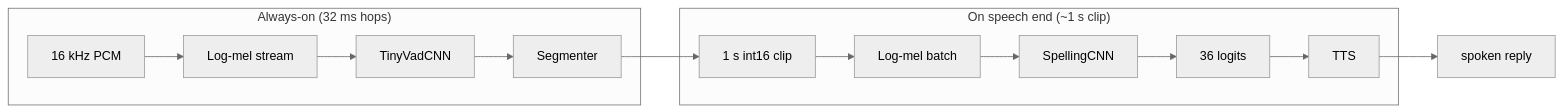
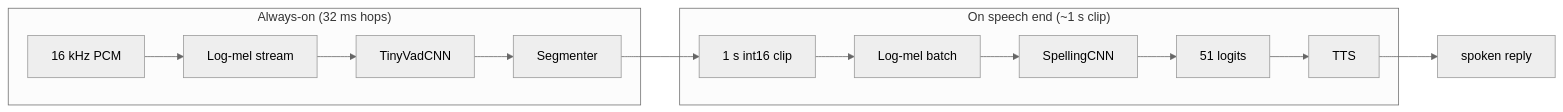
One commit to moonshine-ai/moonshine changed the diagram in micro/models/README.md. Above: the diagram before and after it, drawn with Mermaid (neutral theme). The commit also changed other lines of this file and 104 other files, not shown here.

````diff
--- a/micro/models/README.md
+++ b/micro/models/README.md
@@ -25,18 +26,18 @@
 ```mermaid
 flowchart LR
   subgraph listen["Always-on (32 ms hops)"]
     PCM1["16 kHz PCM"] --> MelS["Log-mel stream"]
     MelS --> VAD["TinyVadCNN"]
     VAD --> Seg["Segmenter"]
   end
 
   subgraph classify["On speech end (~1 s clip)"]
     Seg --> Clip["1 s int16 clip"]
     Clip --> MelB["Log-mel batch"]
     MelB --> STT["SpellingCNN"]
-    STT --> Logits["36 logits"]
+    STT --> Logits["51 logits"]
     Logits --> TTS["TTS"]
   end
 
   TTS --> Spk["spoken reply"]
 ```
````
